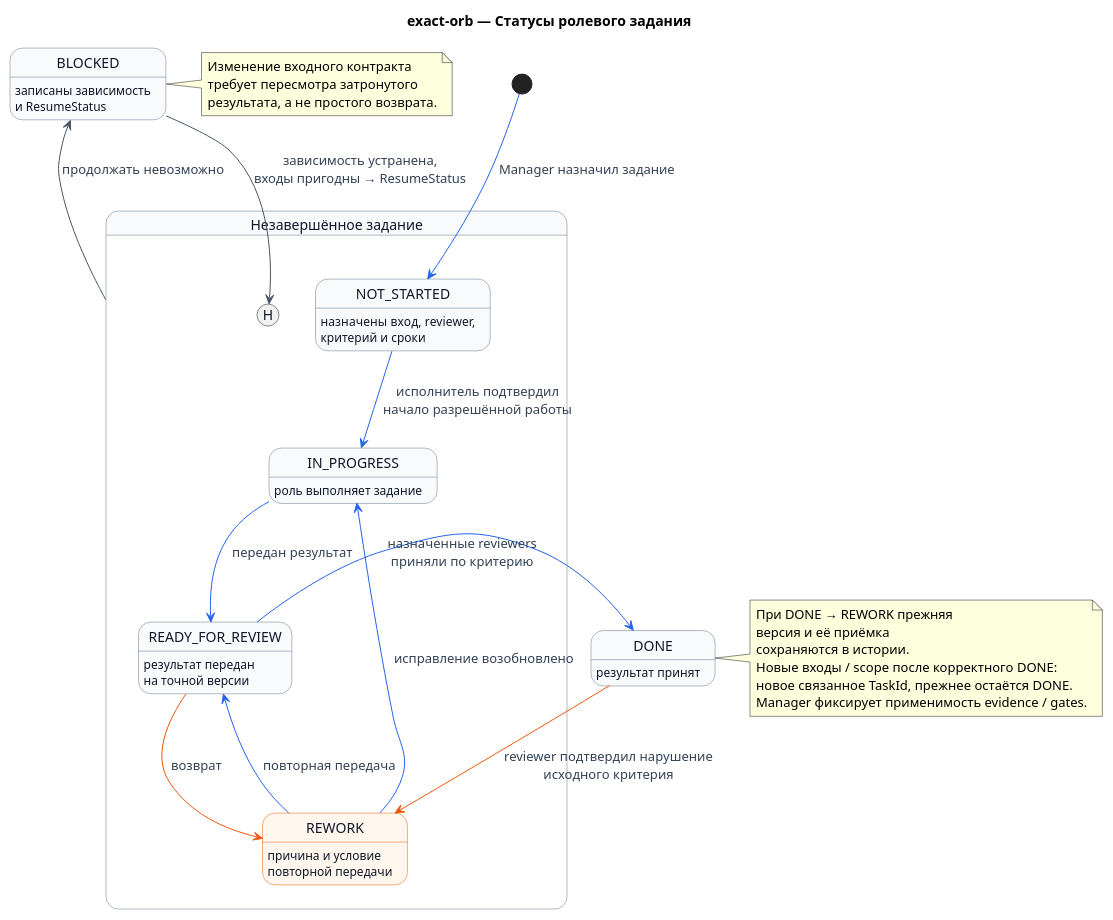
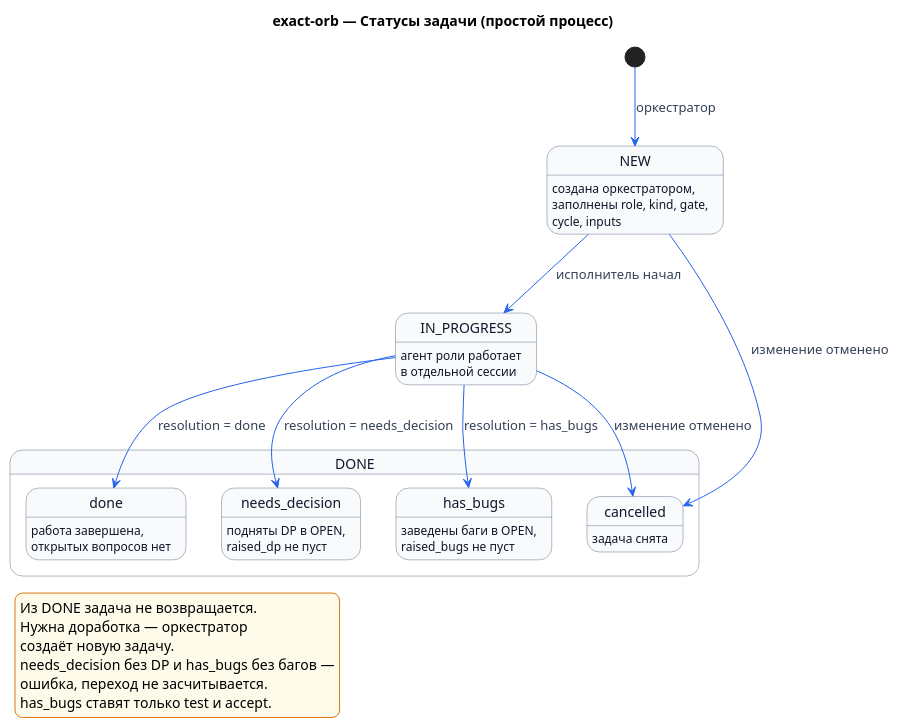
The diagram in docs/development_approach/process/process_diagram/003-task-states.puml (ksenia-baranova/exact-orb-demo), drawn with PlantUML before and after one commit. The commit also changed 12 other files, not shown here.

Commit message:
docs: update architecture diagrams, overview, and scenarios

```diff
--- a/docs/development_approach/process/process_diagram/003-task-states.puml
+++ b/docs/development_approach/process/process_diagram/003-task-states.puml
@@ -1,55 +1,48 @@
 @startuml
-title exact-orb — Статусы ролевого задания
+title exact-orb — Статусы задачи (простой процесс)
 
-' Источник: docs/development_approach/process/process.md, раздел 2 «Ролевое задание».
-' Текущий статус записывается только в сводке manager_artifact.md.
-' Review требований и проверка реализации — разные задания.
+' Источник: «Процесс работы над изменением v2», раздел «Задача (Task)».
+' Задачу создаёт оркестратор, статус и резолюцию меняет только исполнитель.
+' Резолюция ставится только вместе с DONE и говорит оркестратору, куда идти дальше.
 
 hide empty description
 skinparam shadowing false
 skinparam state {
     BackgroundColor #F8FAFC
     BorderColor #64748B
     FontColor #0F172A
     ArrowColor #2563EB
     ArrowFontColor #334155
-    BackgroundColor<<return>> #FFF7ED
-    BorderColor<<return>> #EA580C
+}
+skinparam legend {
+    BackgroundColor #FFFBEB
+    BorderColor #D97706
 }
 
-state "Незавершённое задание" as OPEN_TASK {
-    state NOT_STARTED : назначены вход, reviewer,\nкритерий и сроки
-    state IN_PROGRESS : роль выполняет задание
-    state READY_FOR_REVIEW : результат передан\nна точной версии
-    state REWORK <<return>> : причина и условие\nповторной передачи
+state NEW : создана оркестратором,\nзаполнены role, kind, gate,\ncycle, inputs
+state IN_PROGRESS : агент роли работает\nв отдельной сессии
+state DONE {
+    state "done" as R_DONE : работа завершена,\nоткрытых вопросов нет
+    state "needs_decision" as R_DEC : подняты DP в OPEN,\nraised_dp не пуст
+    state "has_bugs" as R_BUG : заведены баги в OPEN,\nraised_bugs не пуст
+    state "cancelled" as R_CAN : задача снята
 }
-state DONE : результат принят
-state BLOCKED : записаны зависимость\nи ResumeStatus
 
-[*] --> NOT_STARTED : Manager назначил задание
-NOT_STARTED --> IN_PROGRESS : исполнитель подтвердил\nначало разрешённой работы
-IN_PROGRESS --> READY_FOR_REVIEW : передан результат
-READY_FOR_REVIEW --> DONE : назначенные reviewers\nприняли по критерию
-READY_FOR_REVIEW -[#EA580C]-> REWORK : возврат
-REWORK --> IN_PROGRESS : исправление возобновлено
-REWORK --> READY_FOR_REVIEW : повторная передача
-DONE -[#EA580C]-> REWORK : reviewer подтвердил нарушение\nисходного критерия
+[*] --> NEW : оркестратор
+NEW --> IN_PROGRESS : исполнитель начал
+IN_PROGRESS --> R_DONE : resolution = done
+IN_PROGRESS --> R_DEC : resolution = needs_decision
+IN_PROGRESS --> R_BUG : resolution = has_bugs
+NEW --> R_CAN : изменение отменено
+IN_PROGRESS --> R_CAN : изменение отменено
 
-OPEN_TASK -[#475569]-> BLOCKED : продолжать невозможно
-BLOCKED -[#475569]-> OPEN_TASK[H] : зависимость устранена,\nвходы пригодны → ResumeStatus
+legend bottom left
+  Из DONE задача не возвращается.
+  Нужна доработка — оркестратор
+  создаёт новую задачу.
+  needs_decision без DP и has_bugs без багов —
+  ошибка, переход не засчитывается.
+  has_bugs ставят только test и accept.
+endlegend
 
-note right of BLOCKED
-  Изменение входного контракта
-  требует пересмотра затронутого
-  результата, а не простого возврата.
-end note
-
-note right of DONE
-  При DONE → REWORK прежняя
-  версия и её приёмка
-  сохраняются в истории.
-  Новые входы / scope после корректного DONE:
-  новое связанное TaskId, прежнее остаётся DONE.
-  Manager фиксирует применимость evidence / gates.
-end note
 @enduml
```
